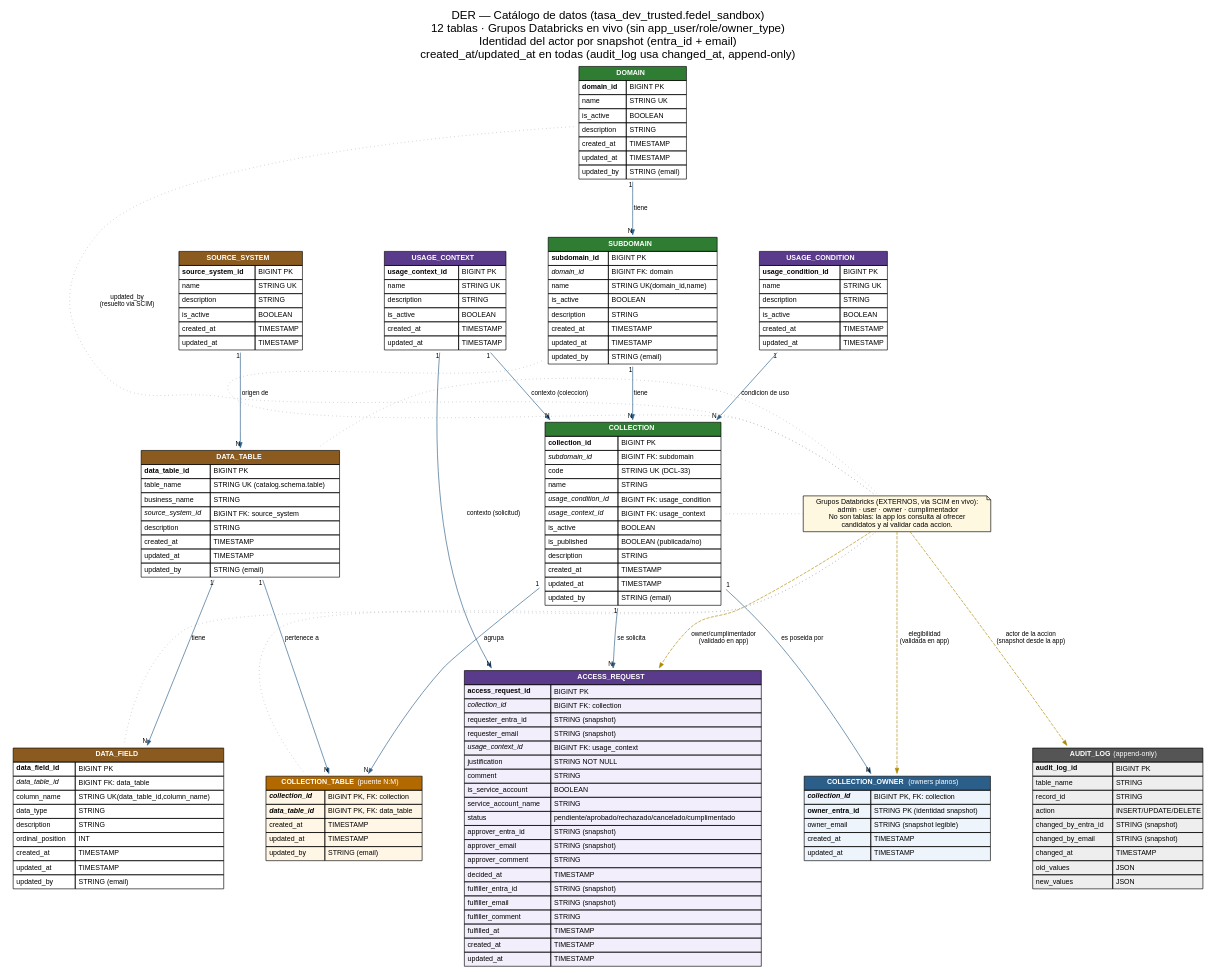
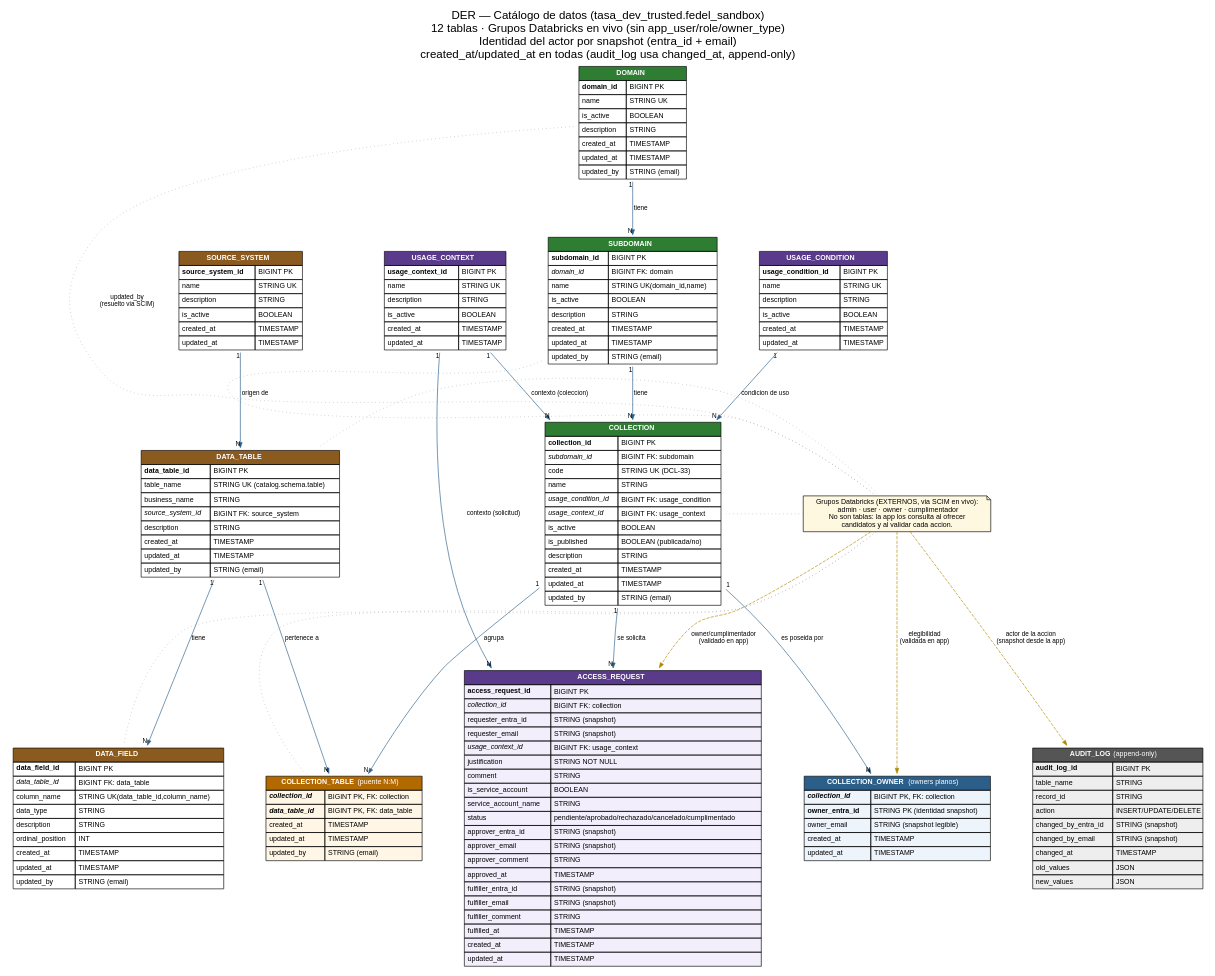
One commit to fedestf/der-grafico changed the diagram in der.dot. Above: the diagram before and after it, drawn with Graphviz. The commit also changed 4 other files, not shown here.

Commit message:
Renombrar decided_at por approved_at en access_request

```diff
--- a/der.dot
+++ b/der.dot
@@ -152,7 +152,7 @@
       <tr><td align="left">approver_entra_id</td><td align="left">STRING (snapshot)</td></tr>
       <tr><td align="left">approver_email</td><td align="left">STRING (snapshot)</td></tr>
       <tr><td align="left">approver_comment</td><td align="left">STRING</td></tr>
-      <tr><td align="left">decided_at</td><td align="left">TIMESTAMP</td></tr>
+      <tr><td align="left">approved_at</td><td align="left">TIMESTAMP</td></tr>
       <tr><td align="left">fulfiller_entra_id</td><td align="left">STRING (snapshot)</td></tr>
       <tr><td align="left">fulfiller_email</td><td align="left">STRING (snapshot)</td></tr>
       <tr><td align="left">fulfiller_comment</td><td align="left">STRING</td></tr>
```
